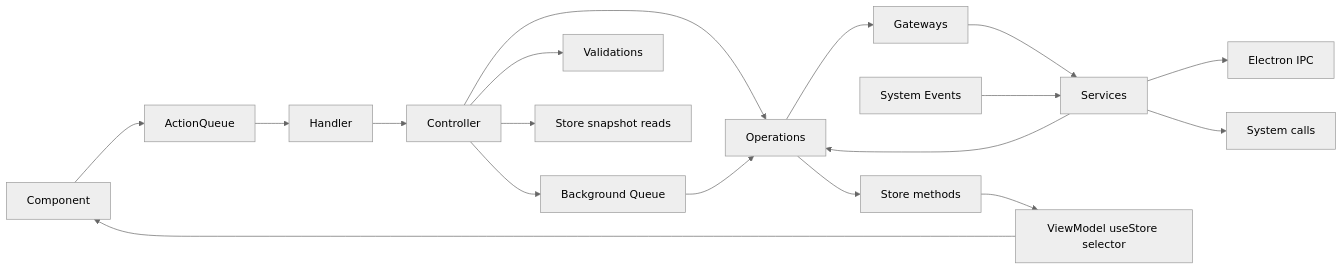
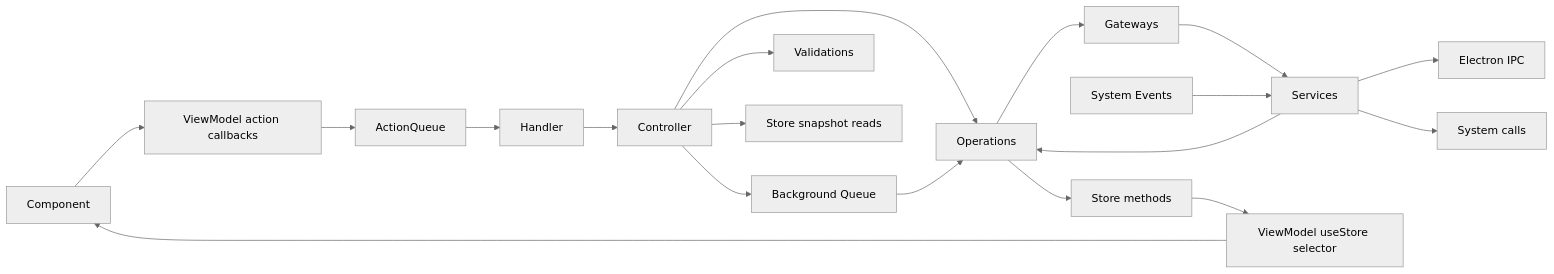
Before and after one commit to Dangerdan9631/Vayeate: the diagram in .cursor/rules/app-architecture.mdc, drawn with Mermaid (neutral theme). The commit also changed other lines of this file and 16 other files, not shown here.

````diff
--- a/.cursor/rules/app-architecture.mdc
+++ b/.cursor/rules/app-architecture.mdc
@@ -27,20 +27,21 @@
 ```mermaid
 flowchart LR
-  UI[Component] --> AQ[ActionQueue]
+  UI[Component] --> VMC[ViewModel action callbacks]
+  VMC --> AQ[ActionQueue]
   AQ --> H[Handler]
   H --> C[Controller]
   C --> BQ[Background Queue]
   C --> V[Validations]
   C --> O[Operations]
   C --> S1[Store snapshot reads]
   BQ --> O
   O --> S2[Store methods]
   O --> G[Gateways]
   G --> S[Services]
   S --> E[Electron IPC]
   S --> S3[System calls]
   S4[System Events] --> S
   S --> O
   S2 --> VM[ViewModel useStore selector]
   VM --> UI
 ```
````
